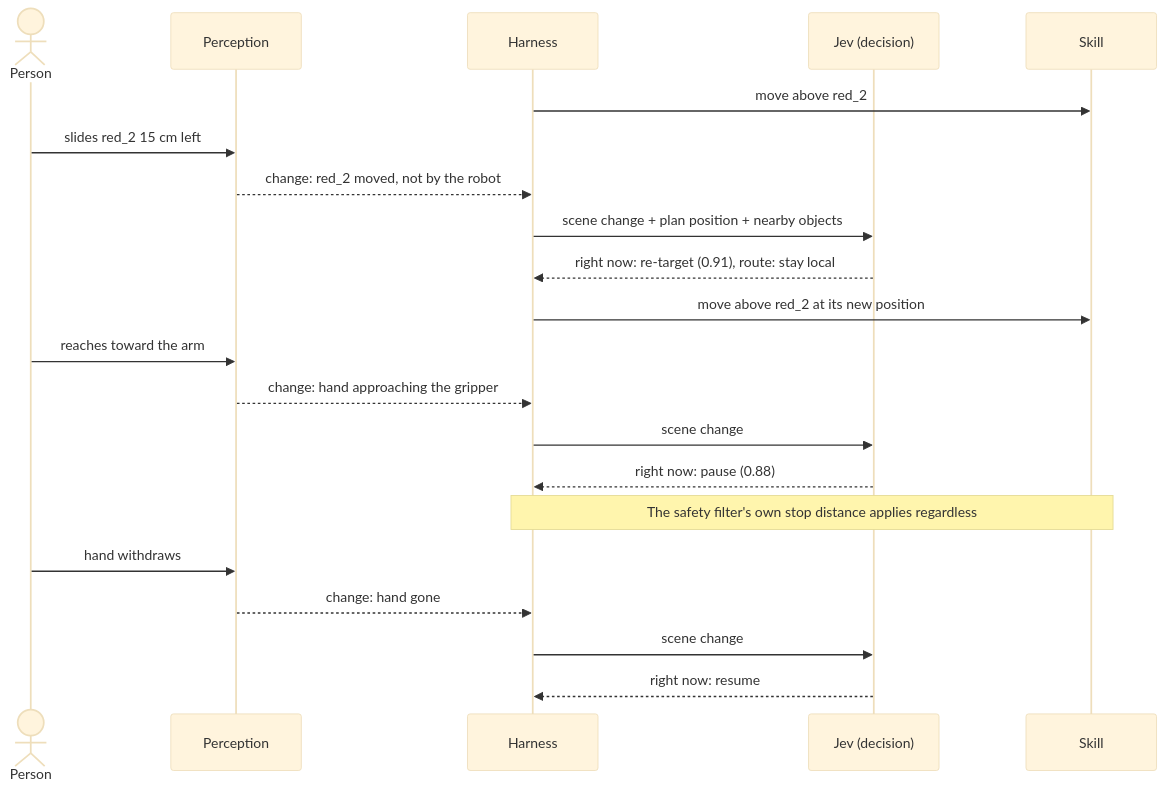
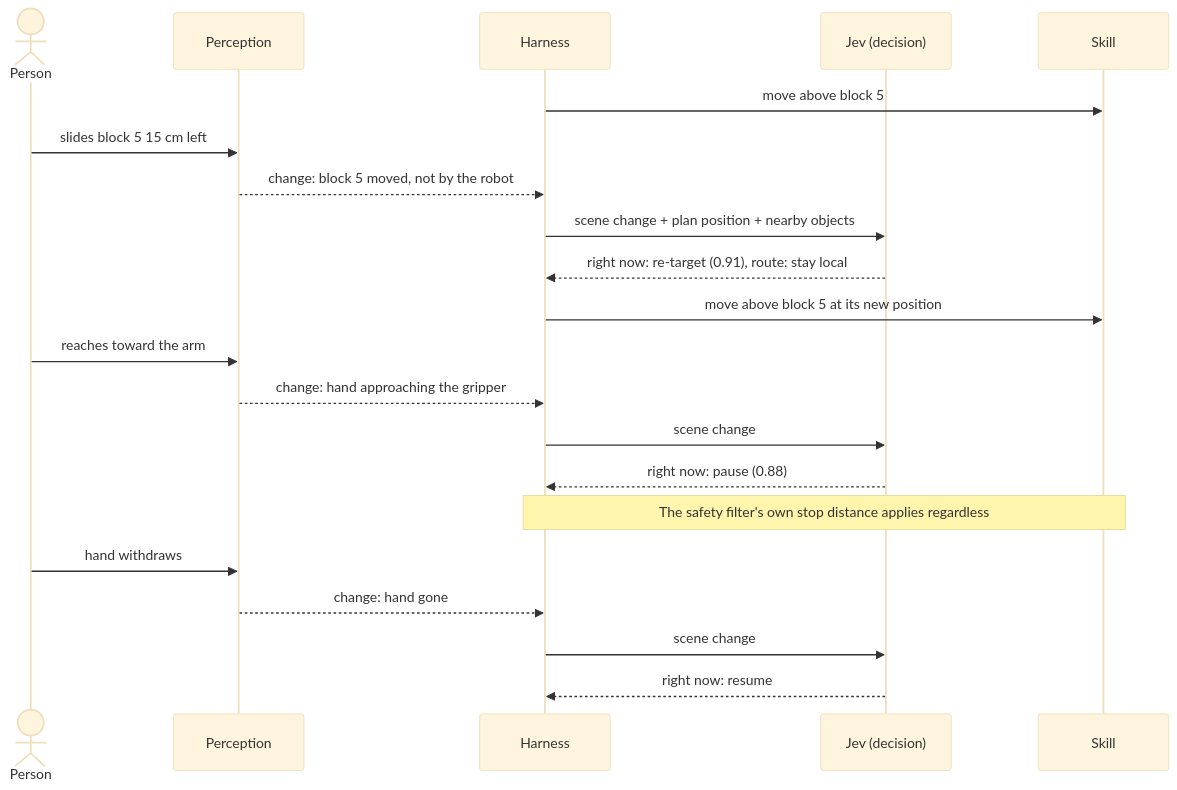
Before and after one commit to alee792/robojev: the fifth of 7 diagrams in docs/v2-diagrams.md, drawn with Mermaid (base theme). The commit also changed other lines of this file and 2 other files, not shown here.

First line of the commit message:
v2: standalone rewrite (principles state the system, sorting example, Jev decides carry on or hold during a replan, terms at the bottom, deferred and open questions updated); spike results move to docs/spike-outcomes.md; diagrams follow the sorting example

````diff
--- a/docs/v2-diagrams.md
+++ b/docs/v2-diagrams.md
@@ -146,24 +146,24 @@
 ```mermaid
 sequenceDiagram
     actor Pe as Person
     participant W as Perception
     participant H as Harness
     participant J as Jev (decision)
     participant K as Skill
 
-    H->>K: move above red_2
-    Pe->>W: slides red_2 15 cm left
-    W-->>H: change: red_2 moved, not by the robot
+    H->>K: move above block 5
+    Pe->>W: slides block 5 15 cm left
+    W-->>H: change: block 5 moved, not by the robot
     H->>J: scene change + plan position + nearby objects
     J-->>H: right now: re-target (0.91), route: stay local
-    H->>K: move above red_2 at its new position
+    H->>K: move above block 5 at its new position
     Pe->>W: reaches toward the arm
     W-->>H: change: hand approaching the gripper
     H->>J: scene change
     J-->>H: right now: pause (0.88)
     Note over H,K: The safety filter's own stop distance applies regardless
     Pe->>W: hand withdraws
     W-->>H: change: hand gone
     H->>J: scene change
     J-->>H: right now: resume
 ```
````
